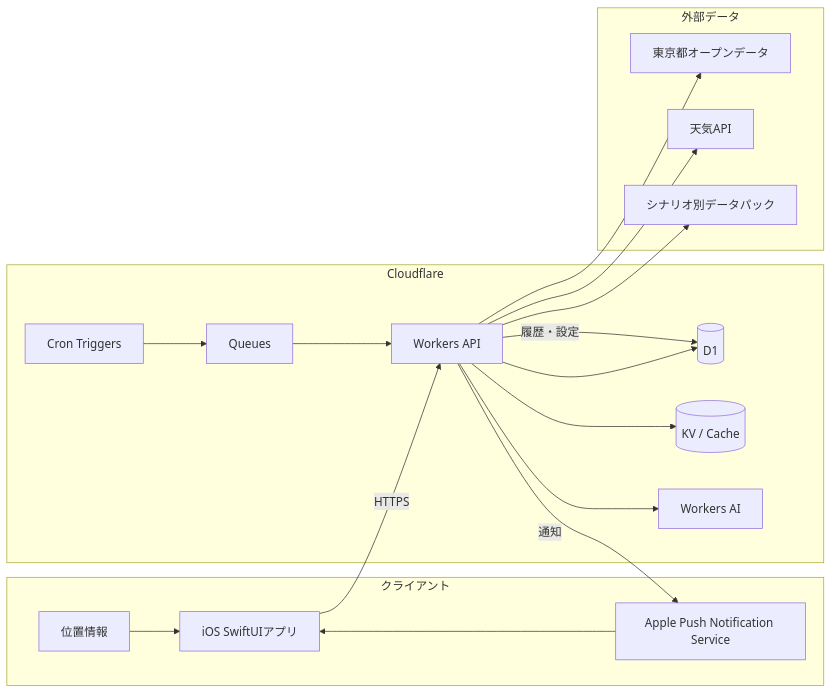
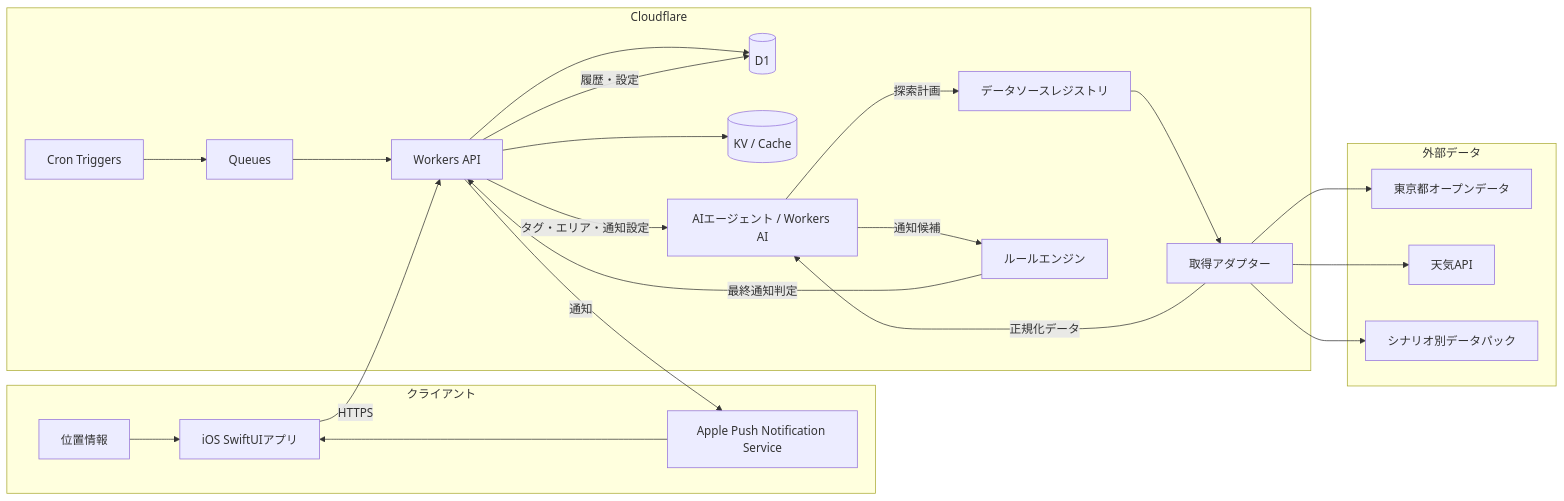
The first of 2 diagrams in basic_design.md (tokyo-plus/tokyo-plus-spec), drawn with Mermaid before and after one commit. The commit also changed other lines of this file, not shown here.

````diff
--- a/basic_design.md
+++ b/basic_design.md
@@ -53,37 +121,45 @@
 ```mermaid
 flowchart LR
   subgraph Client[クライアント]
     App[iOS SwiftUIアプリ]
     Location[位置情報]
     APNs[Apple Push Notification Service]
   end
 
   subgraph Cloudflare[Cloudflare]
     API[Workers API]
     Cron[Cron Triggers]
     Queue[Queues]
     D1[(D1)]
     KV[(KV / Cache)]
-    AI[Workers AI]
+    Registry[データソースレジストリ]
+    Adapter[取得アダプター]
+    AI[AIエージェント / Workers AI]
+    Rules[ルールエンジン]
   end
 
   subgraph Sources[外部データ]
     Tokyo[東京都オープンデータ]
     Weather[天気API]
     Optional[シナリオ別データパック]
   end
 
   App -->|HTTPS| API
   Location --> App
   API --> D1
   API --> KV
   Cron --> Queue
   Queue --> API
-  API --> Tokyo
-  API --> Weather
-  API --> Optional
-  API --> AI
+  API -->|タグ・エリア・通知設定| AI
+  AI -->|探索計画| Registry
+  Registry --> Adapter
+  Adapter --> Tokyo
+  Adapter --> Weather
+  Adapter --> Optional
+  Adapter -->|正規化データ| AI
+  AI -->|通知候補| Rules
+  Rules -->|最終通知判定| API
   API -->|履歴・設定| D1
   API -->|通知| APNs
   APNs --> App
 ```
````
